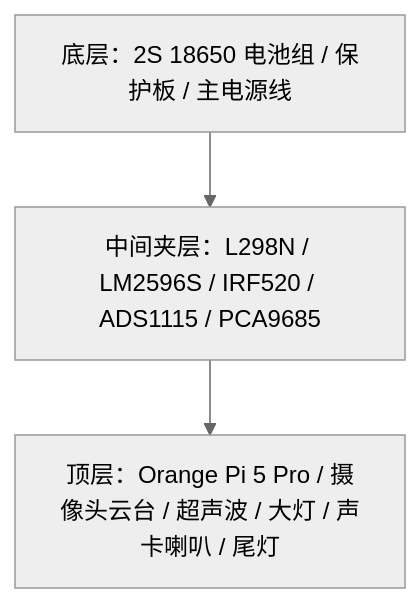
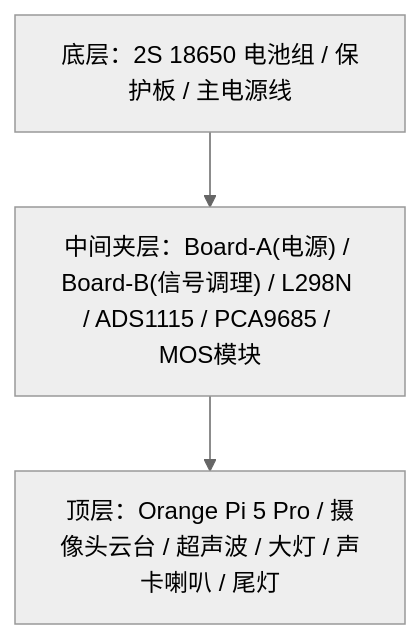
One commit to danielhyh/xiaocheng changed the diagram in docs/hardware-wiring.md. Above: the diagram before and after it, drawn with Mermaid (neutral theme). The commit also changed other lines of this file and 6 other files, not shown here.

````diff
--- a/docs/hardware-wiring.md
+++ b/docs/hardware-wiring.md
@@ -52,7 +56,7 @@
 ```mermaid
 flowchart TB
   Top["顶层：Orange Pi 5 Pro / 摄像头云台 / 超声波 / 大灯 / 声卡喇叭 / 尾灯"]
-  Mid["中间夹层：L298N / LM2596S / IRF520 / ADS1115 / PCA9685"]
+  Mid["中间夹层：Board-A(电源) / Board-B(信号调理) / L298N / ADS1115 / PCA9685 / MOS模块"]
   Bottom["底层：2S 18650 电池组 / 保护板 / 主电源线"]
   Bottom --> Mid --> Top
 ```
````
